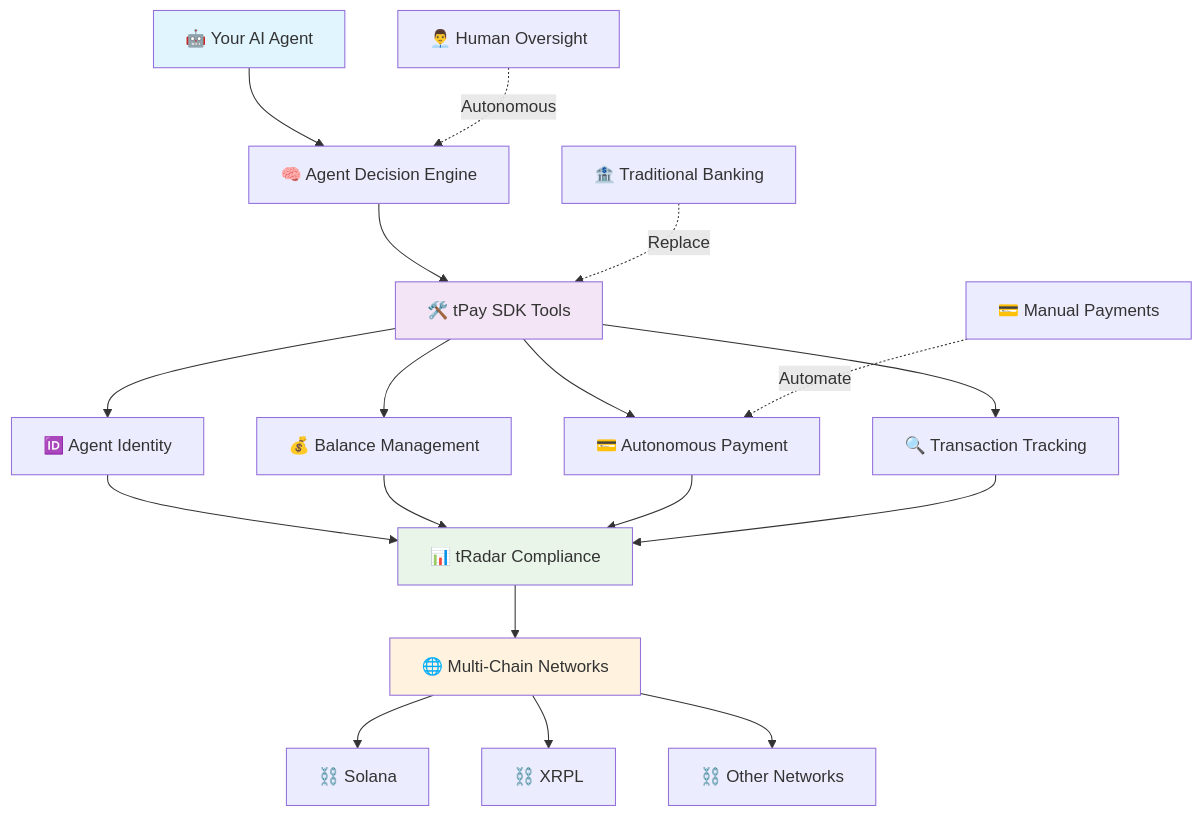
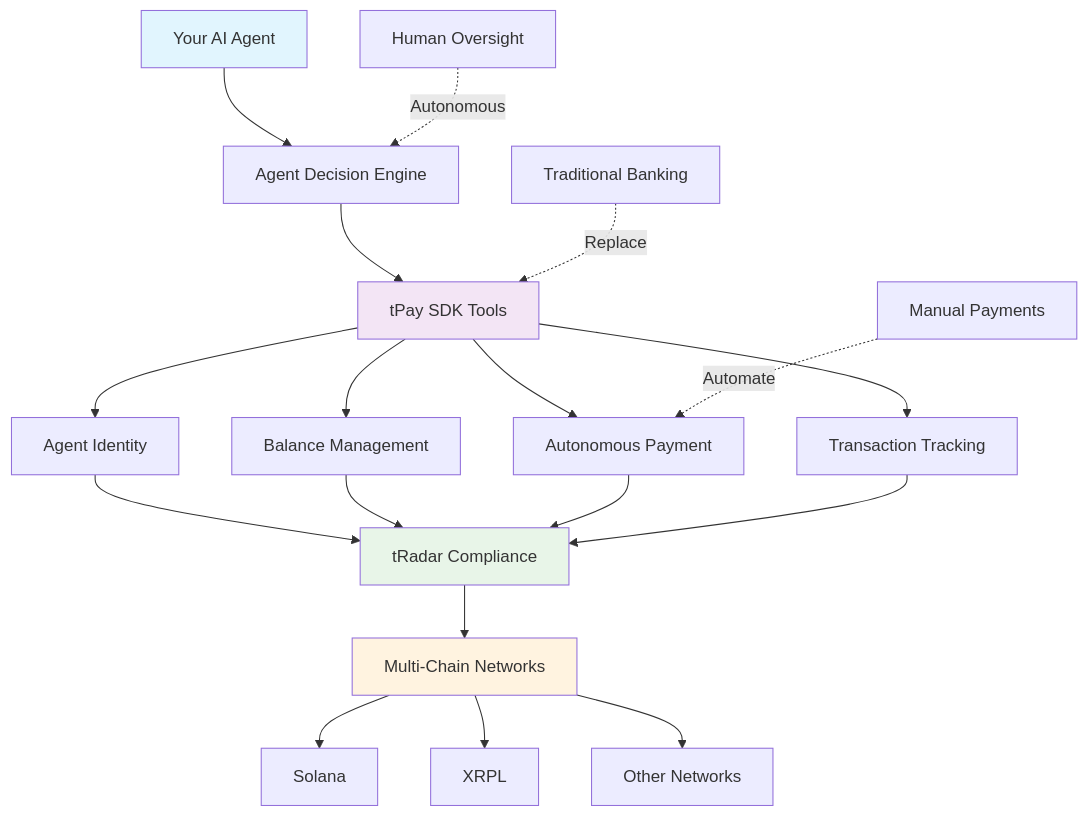
The diagram in docs/PAYMENT (tpay)/tpay-sdk.md (t54-labs/t54-labs-docs), drawn with Mermaid before and after one commit. The commit also changed other lines of this file, not shown here.

Commit message:
Update doc `tpay-sdk`

````diff
--- a/docs/PAYMENT (tpay)/tpay-sdk.md
+++ b/docs/PAYMENT (tpay)/tpay-sdk.md
@@ -26,29 +24,29 @@
 ```mermaid
 graph TB
-    A[🤖 Your AI Agent] --> B[🧠 Agent Decision Engine]
-    B --> C[🛠️ tPay SDK Tools]
+    A[Your AI Agent] --> B[Agent Decision Engine]
+    B --> C[tPay SDK Tools]
     
-    C --> D[🆔 Agent Identity]
-    C --> E[💰 Balance Management]
-    C --> F[💳 Autonomous Payment]
-    C --> G[🔍 Transaction Tracking]
+    C --> D[Agent Identity]
+    C --> E[Balance Management]
+    C --> F[Autonomous Payment]
+    C --> G[Transaction Tracking]
     
-    D --> H[📊 tRadar Compliance]
+    D --> H[tRadar Compliance]
     E --> H
     F --> H
     G --> H
     
-    H --> I[🌐 Multi-Chain Networks]
-    I --> J[⛓️ Solana]
-    I --> K[⛓️ XRPL]
-    I --> L[⛓️ Other Networks]
+    H --> I[Multi-Chain Networks]
+    I --> J[Solana]
+    I --> K[XRPL]
+    I --> L[Other Networks]
     
-    M[🏦 Traditional Banking] -.->|Replace| C
-    N[💳 Manual Payments] -.->|Automate| F
-    O[👨‍💼 Human Oversight] -.->|Autonomous| B
+    M[Traditional Banking] -.->|Replace| C
+    N[Manual Payments] -.->|Automate| F
+    O[Human Oversight] -.->|Autonomous| B
     
     style A fill:#e1f5fe
     style C fill:#f3e5f5
     style H fill:#e8f5e8
     style I fill:#fff3e0
 ```
````
